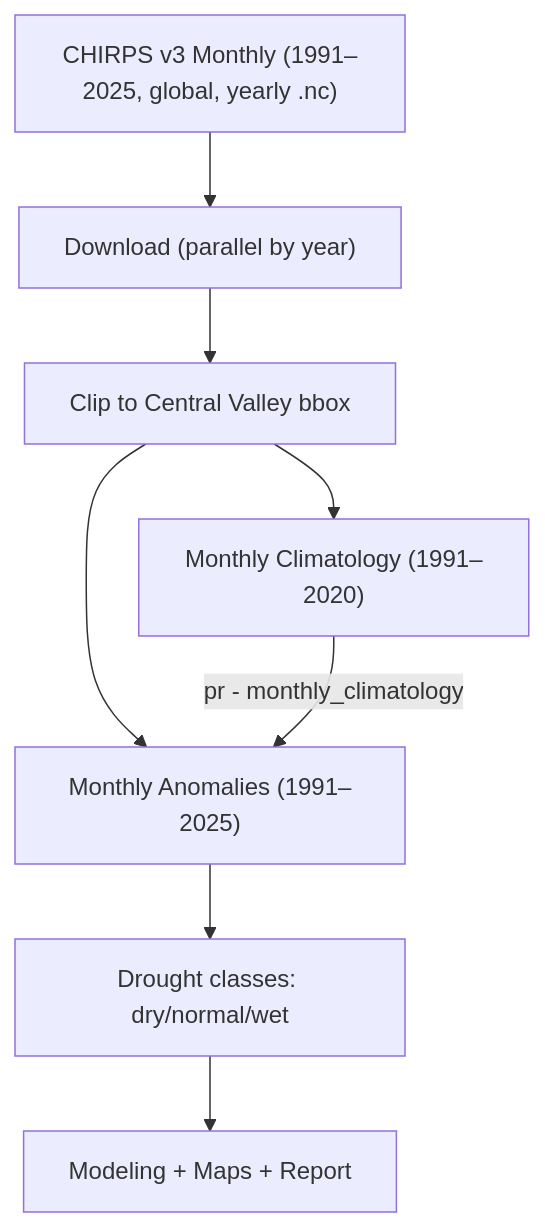
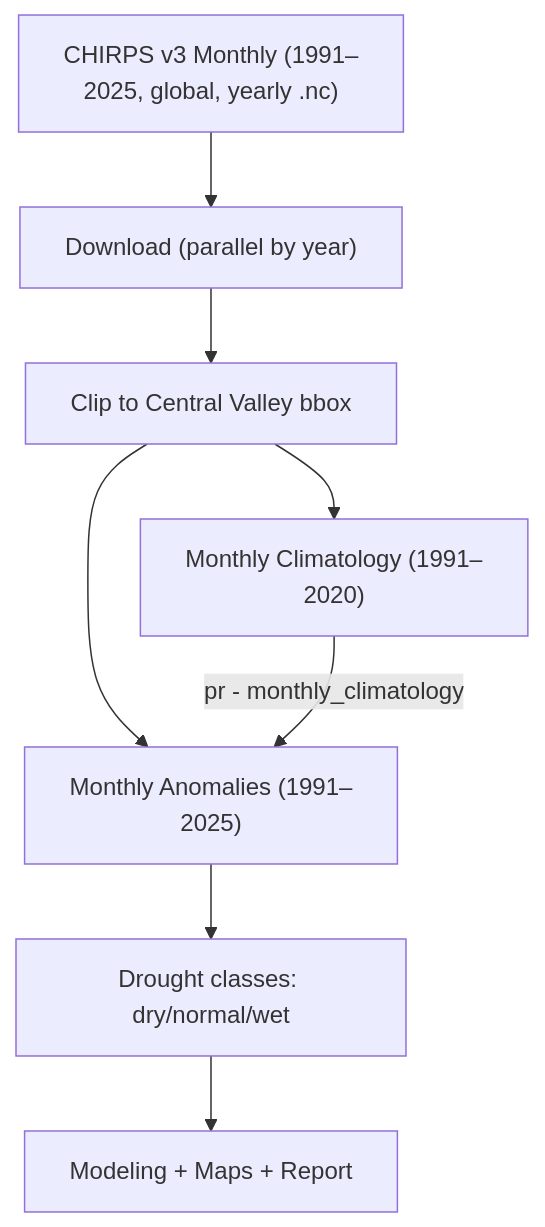
One commit to Ishtiaque-h/chirps-drought-classifier changed the diagram in README.md. Above: the diagram before and after it, drawn with Mermaid.

Commit message:
docs(readme): update README to improve pipeline flowchart

````diff
--- a/README.md
+++ b/README.md
@@ -57,16 +57,19 @@
 ```mermaid
 graph TD;
-    A["CHIRPS v3 Monthly (1991–2025, global, yearly .nc)"] --> B["Download (parallel by year)"];
+    A["CHIRPS v3 Monthly (1991–
+2025, global, yearly .nc)"] --> B["Download (parallel by year)"];
     B --> C["Clip to Central Valley bbox"];
     
     %% This is the key branching part
-    C --> D["Monthly Climatology (1991–2020)"];
-    C --> E["Monthly Anomalies (1991–2025)"];
+    C --> D["Monthly Climatology (1991–
+2020)"];
+    C --> E["Monthly Anomalies (1991–
+2025)"];
     
     %% This is the calculation step
     D --> |"pr - monthly_climatology"| E;
     
     %% This is the rest of the flow
     E --> F["Drought classes: dry/normal/wet"];
     F --> G["Modeling + Maps + Report"];
 ```                                   
````
